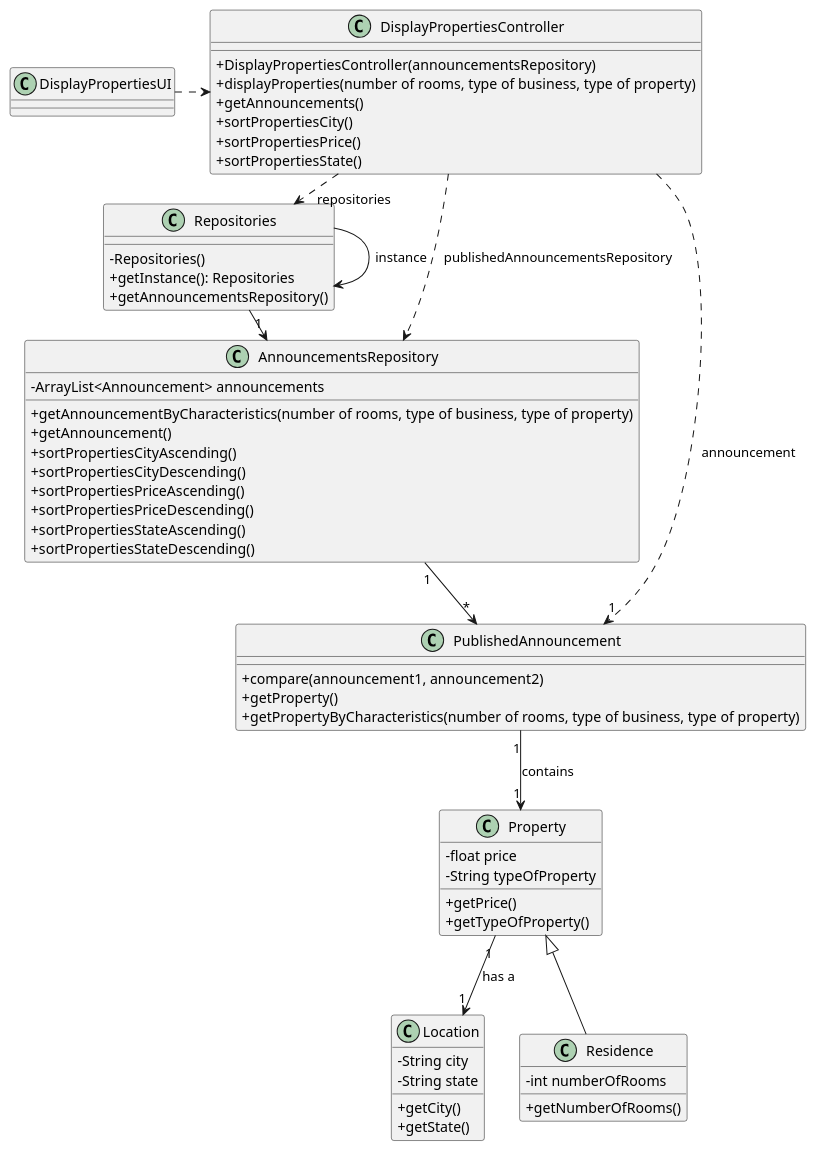
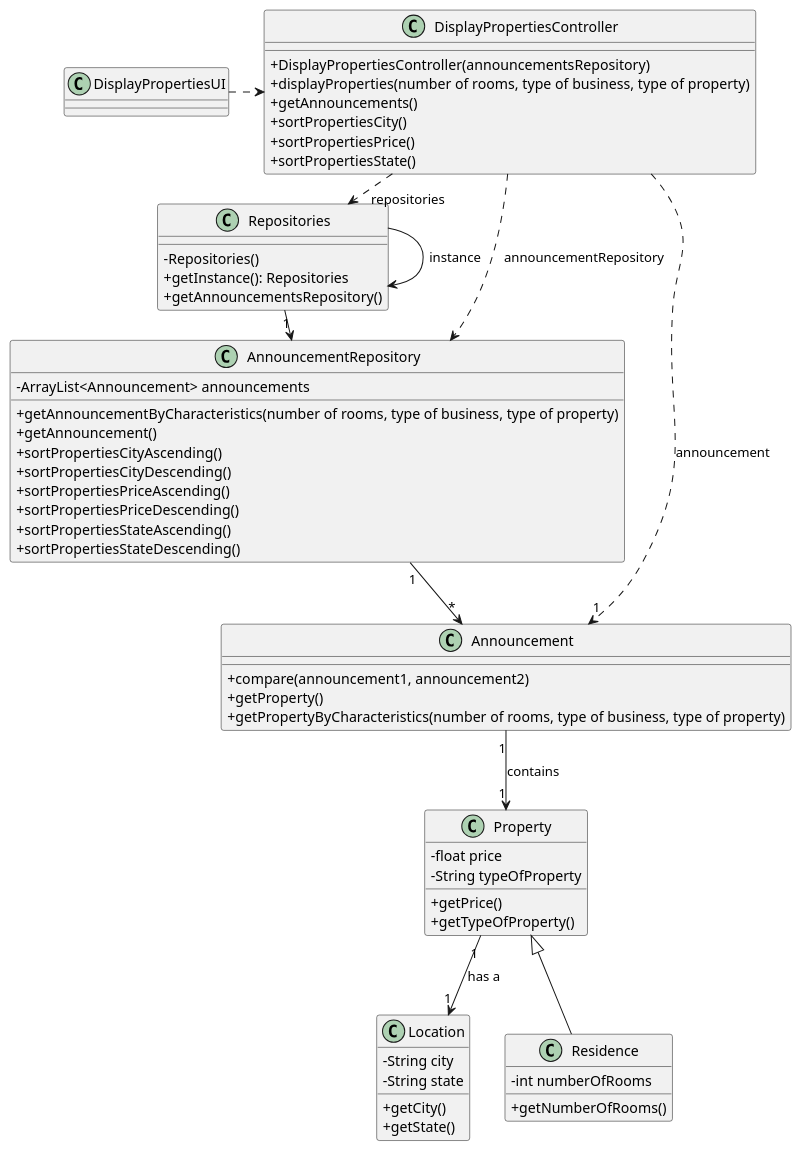
One commit to 1220812/LAPR2 changed the diagram in docs/sprintC/us001/03.design/puml/us001-class-diagram.puml. Above: the diagram before and after it, drawn with PlantUML. The commit also changed 4 other files, not shown here.

Commit message:
display properties ui and controller fixed

```diff
--- a/docs/sprintC/us001/03.design/puml/us001-class-diagram.puml
+++ b/docs/sprintC/us001/03.design/puml/us001-class-diagram.puml
@@ -1,83 +1,83 @@
 @startuml
 'skinparam monochrome true
 skinparam packageStyle rectangle
 skinparam shadowing false
 skinparam linetype polyline
 skinparam linetype orto
 
 skinparam classAttributeIconSize 0
 
 'left to right direction
 
 class Property{
 -float price
 -String typeOfProperty
 +getPrice()
 +getTypeOfProperty()
 }
 
 class Location{
 -String city
 -String state
 +getCity()
 +getState()
 }
 
 class Residence{
 -int numberOfRooms
 +getNumberOfRooms()
 }
 
 class DisplayPropertiesUI{
 }
 
 class DisplayPropertiesController{
 +DisplayPropertiesController(announcementsRepository)
 +displayProperties(number of rooms, type of business, type of property)
 +getAnnouncements()
 +sortPropertiesCity()
 +sortPropertiesPrice()
 +sortPropertiesState()
 }
 
-class PublishedAnnouncement{
+class Announcement{
 +compare(announcement1, announcement2)
 +getProperty()
 +getPropertyByCharacteristics(number of rooms, type of business, type of property)
 }
 
 class Repositories{
 -Repositories()
 +getInstance(): Repositories
 +getAnnouncementsRepository()
 }
 
-class AnnouncementsRepository{
+class AnnouncementRepository{
 -ArrayList<Announcement> announcements
 +getAnnouncementByCharacteristics(number of rooms, type of business, type of property)
 +getAnnouncement()
 +sortPropertiesCityAscending()
 +sortPropertiesCityDescending()
 +sortPropertiesPriceAscending()
 +sortPropertiesPriceDescending()
 +sortPropertiesStateAscending()
 +sortPropertiesStateDescending()
 }
 
 
 Repositories -> Repositories : instance
 
 DisplayPropertiesUI .> DisplayPropertiesController
 DisplayPropertiesController .> Repositories : repositories
 
-Repositories -> "1" AnnouncementsRepository
+Repositories -> "1" AnnouncementRepository
 
-DisplayPropertiesController ..> AnnouncementsRepository : publishedAnnouncementsRepository
+DisplayPropertiesController ..> AnnouncementRepository : announcementRepository
 
-AnnouncementsRepository "1" --> "*" PublishedAnnouncement
-DisplayPropertiesController ..> "1" PublishedAnnouncement : announcement
-PublishedAnnouncement "1" --> "1" Property : contains
+AnnouncementRepository "1" --> "*" Announcement
+DisplayPropertiesController ..> "1" Announcement : announcement
+Announcement "1" --> "1" Property : contains
 Property <|-- Residence
 Property "1" --> "1" Location : has a
 
 @enduml
```
